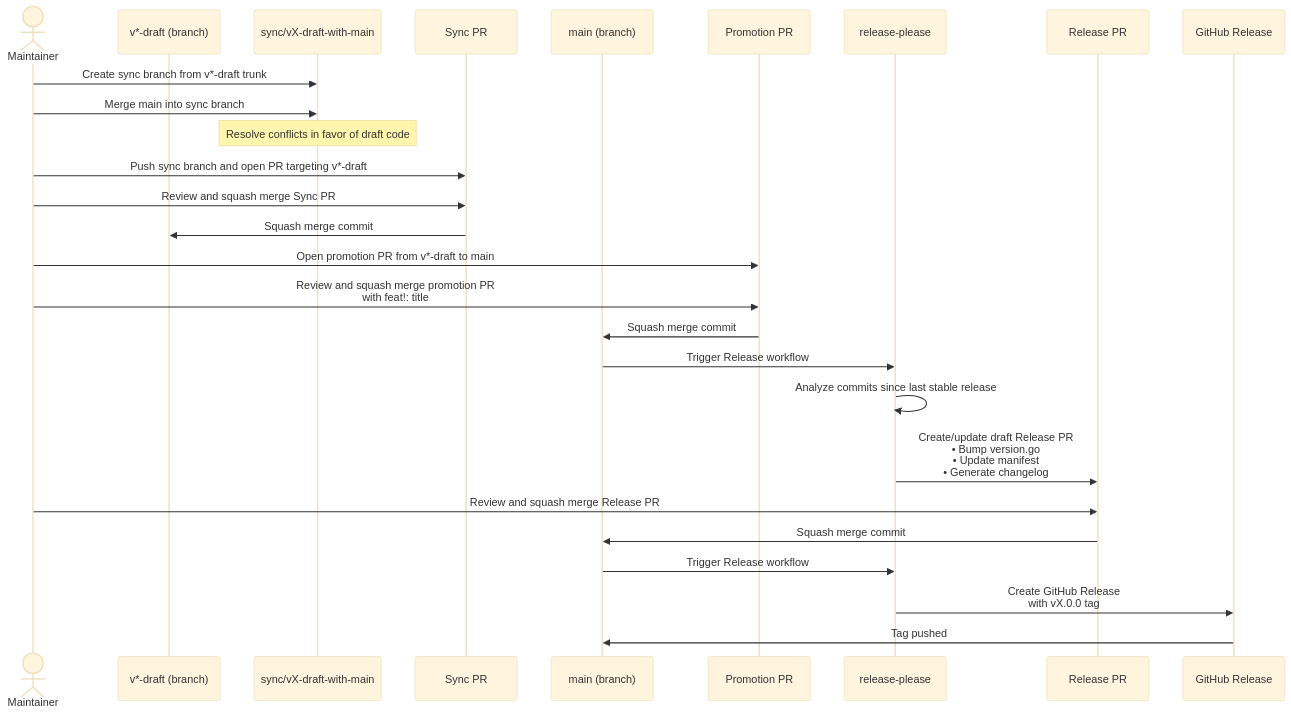
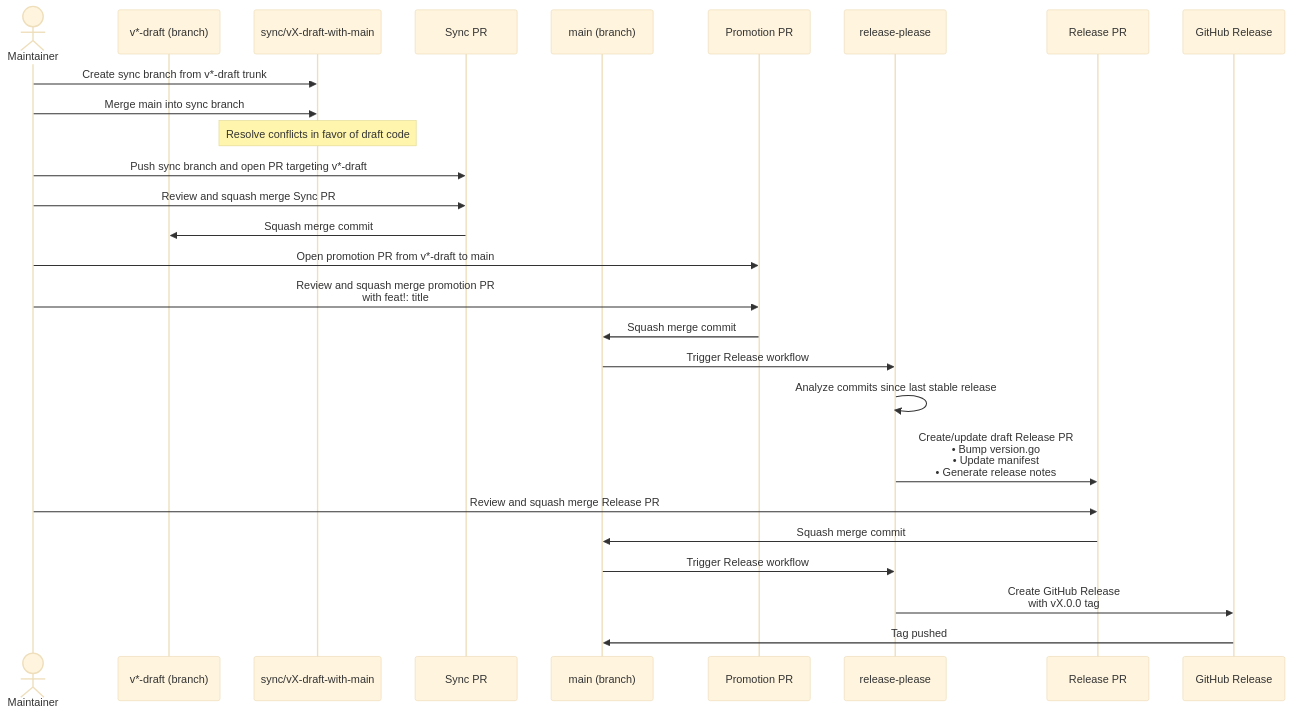
The fourth of 4 diagrams in docs/release-process.md (Kardbord/hfgo), drawn with Mermaid (base theme) before and after one commit. The commit also changed other lines of this file and 40 other files, not shown here.

````diff
--- a/docs/release-process.md
+++ b/docs/release-process.md
@@ -321,31 +321,31 @@
 ```mermaid
 sequenceDiagram
     actor Maintainer
     participant Draft as v*-draft (branch)
     participant SyncBranch as sync/vX-draft-with-main
     participant SyncPR as Sync PR
     participant Main as main (branch)
     participant PromoPR as Promotion PR
     participant RP as release-please
     participant ReleasePR as Release PR
     participant GitHub as GitHub Release
 
     Maintainer->>SyncBranch: Create sync branch from v*-draft trunk
     Maintainer->>SyncBranch: Merge main into sync branch
     Note over SyncBranch: Resolve conflicts in favor of draft code
     Maintainer->>SyncPR: Push sync branch and open PR targeting v*-draft
     Maintainer->>SyncPR: Review and squash merge Sync PR
     SyncPR->>Draft: Squash merge commit
 
     Maintainer->>PromoPR: Open promotion PR from v*-draft to main
     Maintainer->>PromoPR: Review and squash merge promotion PR<br/>with feat!: title
     PromoPR->>Main: Squash merge commit
     Main->>RP: Trigger Release workflow
     RP->>RP: Analyze commits since last stable release
-    RP->>ReleasePR: Create/update draft Release PR<br/>• Bump version.go<br/>• Update manifest<br/>• Generate changelog
+    RP->>ReleasePR: Create/update draft Release PR<br/>• Bump version.go<br/>• Update manifest<br/>• Generate release notes
     Maintainer->>ReleasePR: Review and squash merge Release PR
     ReleasePR->>Main: Squash merge commit
     Main->>RP: Trigger Release workflow
     RP->>GitHub: Create GitHub Release<br/>with vX.0.0 tag
     GitHub->>Main: Tag pushed
 ```
````
